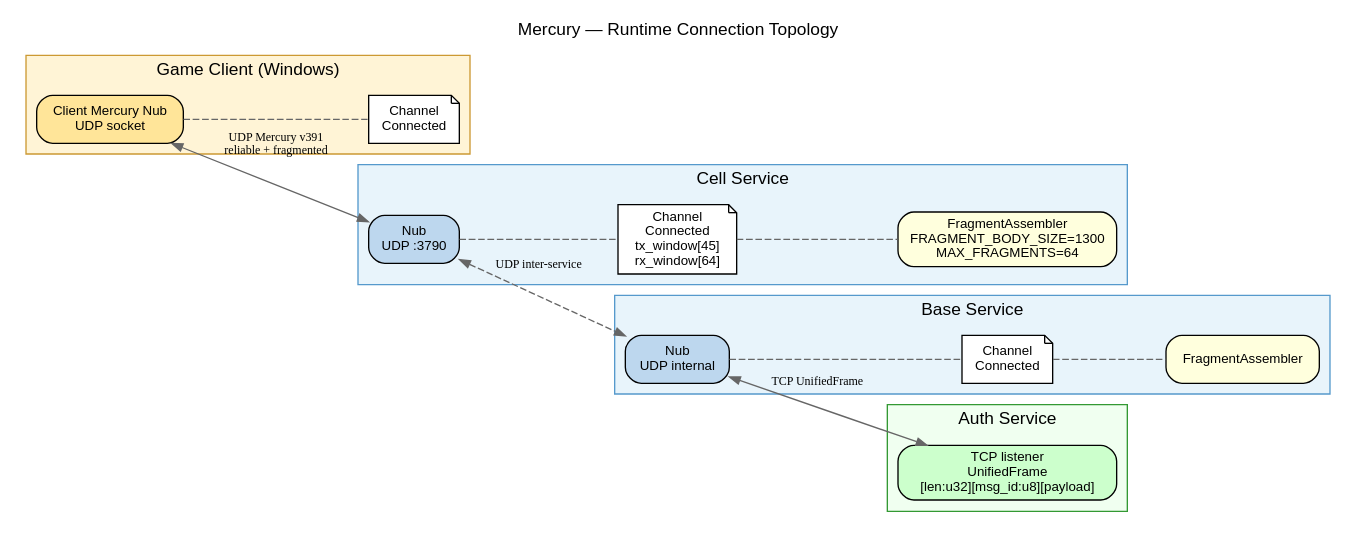
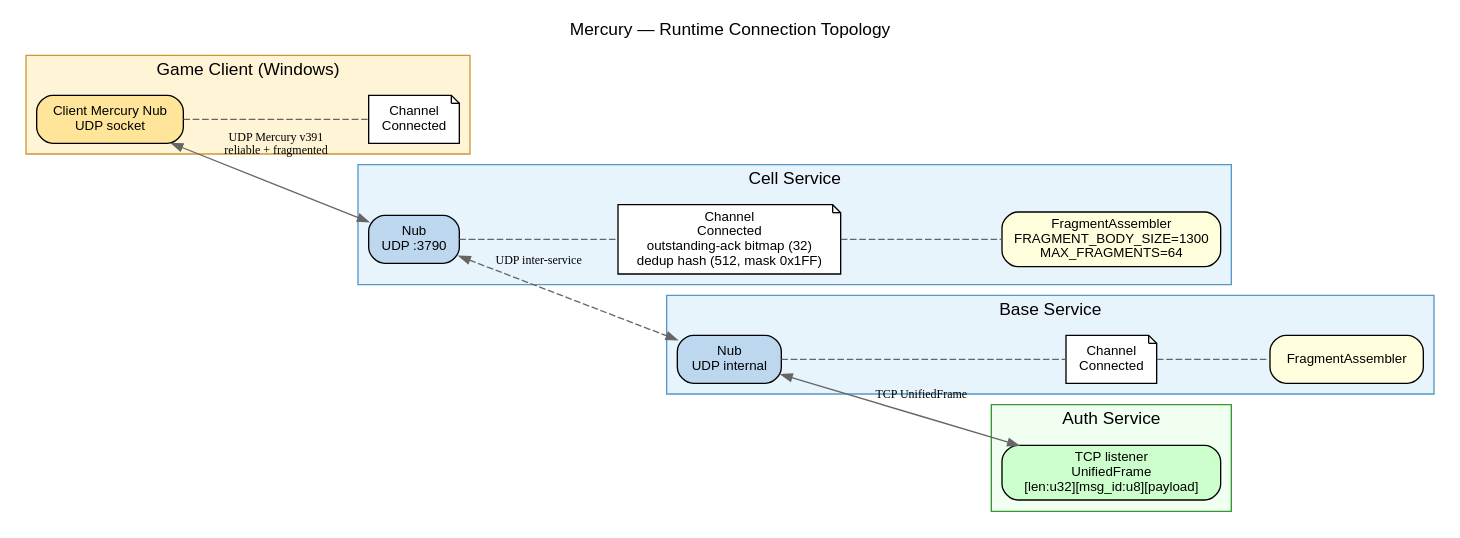
Before and after one commit to SandboxServers/Cimmeria: the diagram in docs/drafts/spec/figures/sources/mercury-02-connection-topology.dot, drawn with Graphviz. The commit also changed 14 other files, not shown here.

```diff
--- a/docs/drafts/spec/figures/sources/mercury-02-connection-topology.dot
+++ b/docs/drafts/spec/figures/sources/mercury-02-connection-topology.dot
@@ -1,55 +1,55 @@
 digraph mercury_topology {
     rankdir=LR
     node [shape=box style="rounded,filled" fontname="Helvetica" fontsize=10]
     edge [color="#666666" arrowsize=0.8 fontsize=9]
     label="Mercury — Runtime Connection Topology"
     labelloc=t
     fontsize=13
     fontname="Helvetica"
 
     subgraph cluster_client {
         label="Game Client (Windows)"
         style=filled
         fillcolor="#fff4d6"
         color="#cc9933"
         client_nub [label="Client Mercury Nub\nUDP socket" fillcolor="#ffe599"]
         client_chan [label="Channel\nConnected" shape=note fillcolor="#ffffff"]
         client_nub -> client_chan [style=dashed dir=none]
     }
 
     subgraph cluster_cell {
         label="Cell Service"
         style=filled
         fillcolor="#e8f4fb"
         color="#5599cc"
         cell_nub [label="Nub\nUDP :3790" fillcolor="#bdd7ee"]
-        cell_chan [label="Channel\nConnected\ntx_window[45]\nrx_window[64]" shape=note fillcolor="#ffffff"]
+        cell_chan [label="Channel\nConnected\noutstanding-ack bitmap (32)\ndedup hash (512, mask 0x1FF)" shape=note fillcolor="#ffffff"]
         frag_cell [label="FragmentAssembler\nFRAGMENT_BODY_SIZE=1300\nMAX_FRAGMENTS=64" fillcolor="#ffffdd"]
         cell_nub -> cell_chan [style=dashed dir=none]
         cell_chan -> frag_cell [style=dashed dir=none]
     }
 
     subgraph cluster_base {
         label="Base Service"
         style=filled
         fillcolor="#e8f4fb"
         color="#5599cc"
         base_nub [label="Nub\nUDP internal" fillcolor="#bdd7ee"]
         base_chan [label="Channel\nConnected" shape=note fillcolor="#ffffff"]
         frag_base [label="FragmentAssembler" fillcolor="#ffffdd"]
         base_nub -> base_chan [style=dashed dir=none]
         base_chan -> frag_base [style=dashed dir=none]
     }
 
     subgraph cluster_auth {
         label="Auth Service"
         style=filled
         fillcolor="#f0fff0"
         color="#339933"
         auth_tcp [label="TCP listener\nUnifiedFrame\n[len:u32][msg_id:u8][payload]" fillcolor="#ccffcc"]
     }
 
     client_nub -> cell_nub [label="UDP Mercury v391\nreliable + fragmented" dir=both]
     cell_nub -> base_nub [label="UDP inter-service" dir=both style=dashed]
     base_nub -> auth_tcp [label="TCP UnifiedFrame" dir=both]
 }
```
